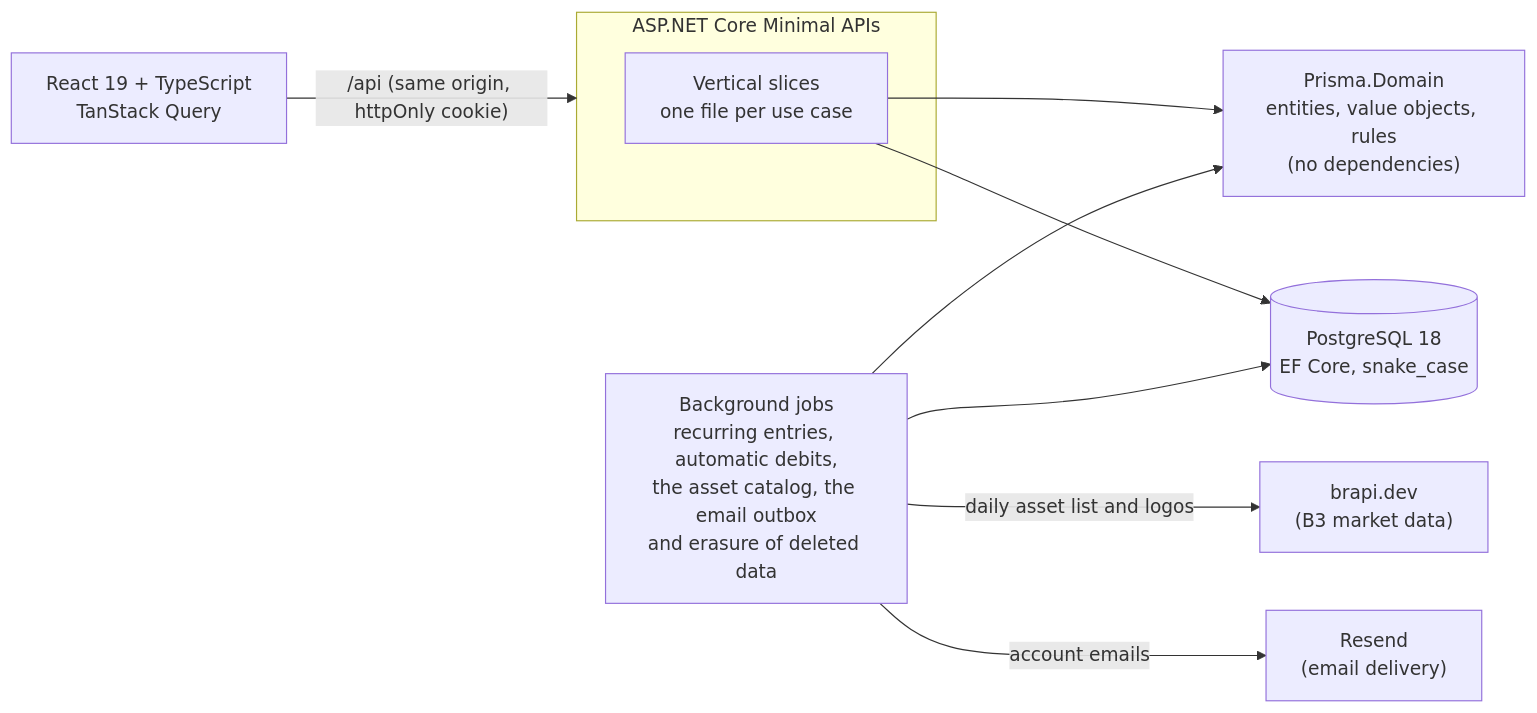
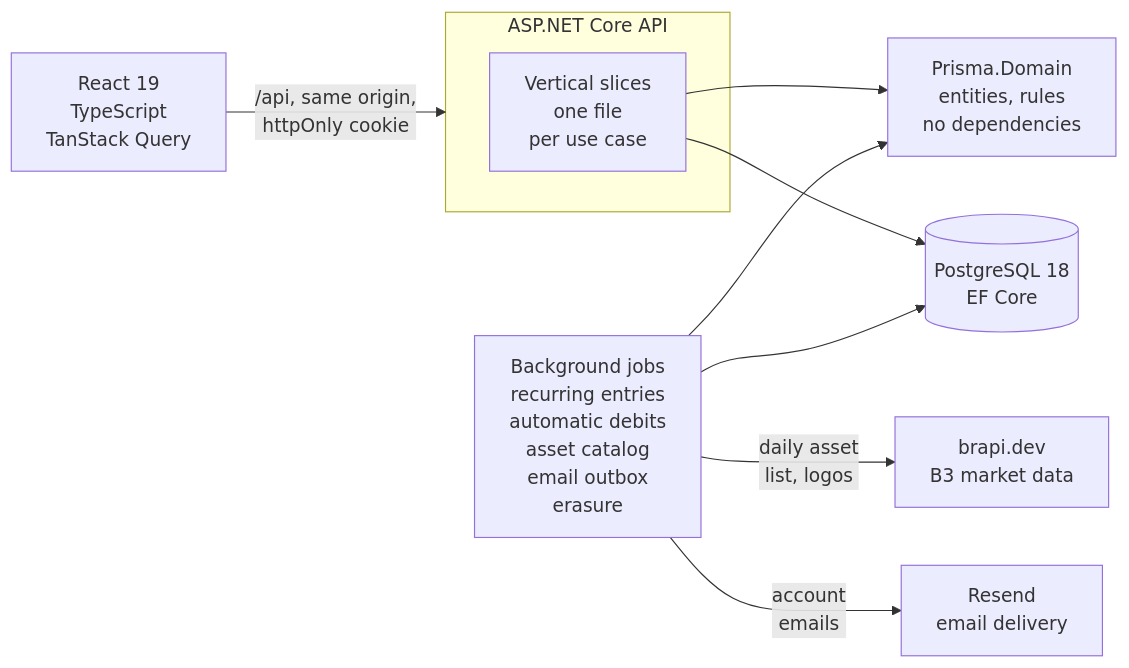
The third of 5 diagrams in README.md (vagnerwentz/prisma), drawn with Mermaid before and after one commit. The commit also changed other lines of this file and 3 other files, not shown here.

First line of the commit message:
docs: README diagrams that no longer clip, password change across the docs

````diff
--- a/README.md
+++ b/README.md
@@ -153,13 +157,13 @@
 ```mermaid
 flowchart LR
-    Web["React 19 + TypeScript<br/>TanStack Query"] -->|"/api (same origin, httpOnly cookie)"| Api
-    subgraph Api["ASP.NET Core Minimal APIs"]
-        Slices["Vertical slices<br/>one file per use case"]
+    Web["React 19<br/>TypeScript<br/>TanStack Query"] -->|"/api, same origin,<br/>httpOnly cookie"| Api
+    subgraph Api["ASP.NET Core API"]
+        Slices["Vertical slices<br/>one file<br/>per use case"]
     end
-    Slices --> Domain["Prisma.Domain<br/>entities, value objects, rules<br/>(no dependencies)"]
-    Slices --> Db[("PostgreSQL 18<br/>EF Core, snake_case")]
-    Job["Background jobs<br/>recurring entries, automatic debits,<br/>the asset catalog, the email outbox<br/>and erasure of deleted data"] --> Domain
+    Slices --> Domain["Prisma.Domain<br/>entities, rules<br/>no dependencies"]
+    Slices --> Db[("PostgreSQL 18<br/>EF Core")]
+    Job["Background jobs<br/>recurring entries<br/>automatic debits<br/>asset catalog<br/>email outbox<br/>erasure"] --> Domain
     Job --> Db
-    Job -->|"daily asset list and logos"| Brapi["brapi.dev<br/>(B3 market data)"]
-    Job -->|"account emails"| Resend["Resend<br/>(email delivery)"]
+    Job -->|"daily asset<br/>list, logos"| Brapi["brapi.dev<br/>B3 market data"]
+    Job -->|"account<br/>emails"| Resend["Resend<br/>email delivery"]
 ```
````
